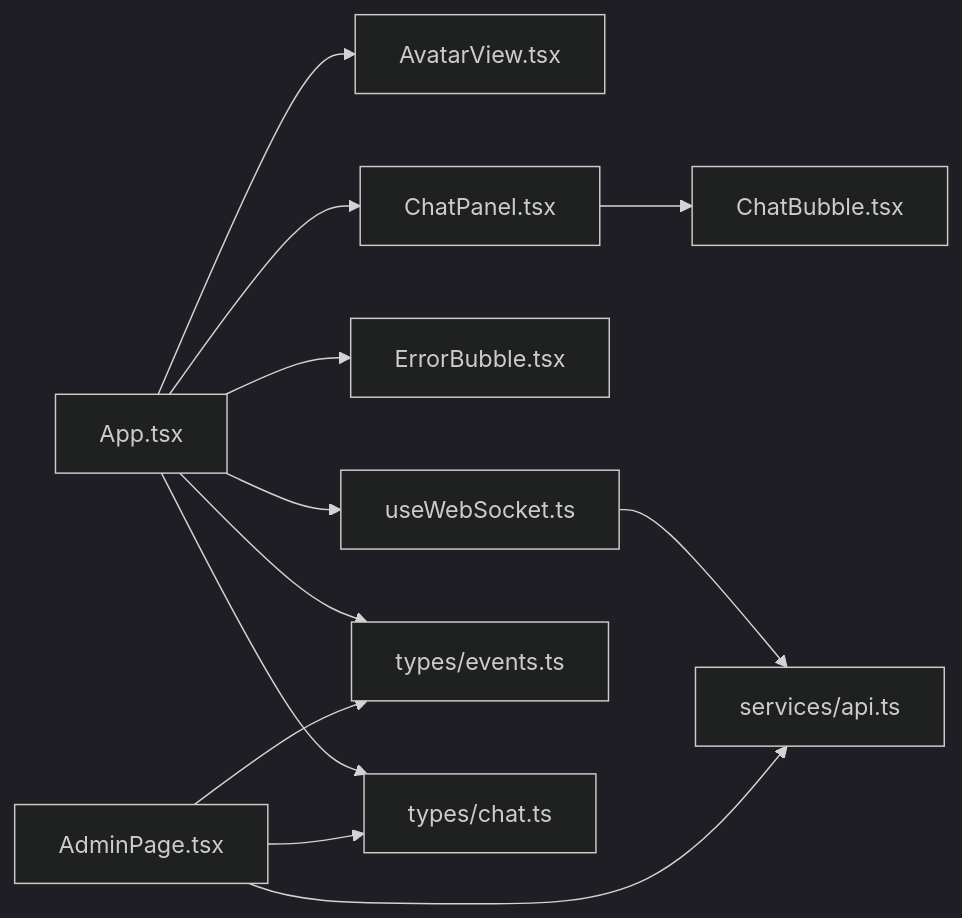
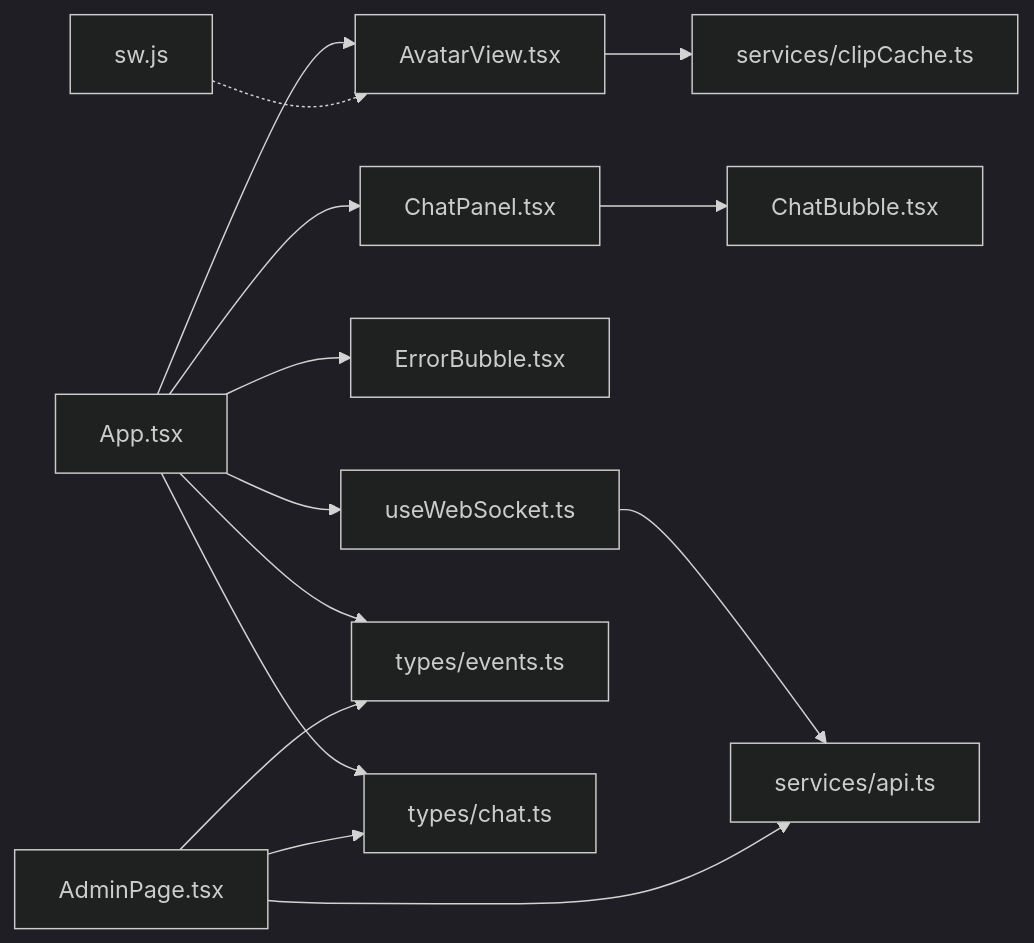
One commit to leo21cn/real-time-talk changed the seventh of 7 diagrams in .qoder/repowiki/zh/content/前端应用/前端应用.md. Above: the diagram before and after it, drawn with Mermaid (dark theme). The commit also changed other lines of this file and 36 other files, not shown here.

````diff
--- a/.qoder/repowiki/zh/content/前端应用/前端应用.md
+++ b/.qoder/repowiki/zh/content/前端应用/前端应用.md
@@ -335,14 +392,16 @@
 ```mermaid
 graph LR
 App["App.tsx"] --> AV["AvatarView.tsx"]
 App --> CP["ChatPanel.tsx"]
 CP --> CB["ChatBubble.tsx"]
 App --> EB["ErrorBubble.tsx"]
 App --> WS["useWebSocket.ts"]
 WS --> API["services/api.ts"]
+AV --> CC["services/clipCache.ts"]
 App --> TEvents["types/events.ts"]
 App --> TChat["types/chat.ts"]
 Admin["AdminPage.tsx"] --> API
 Admin --> TEvents
 Admin --> TChat
+SW["sw.js"] -.-> AV
 ```
````
